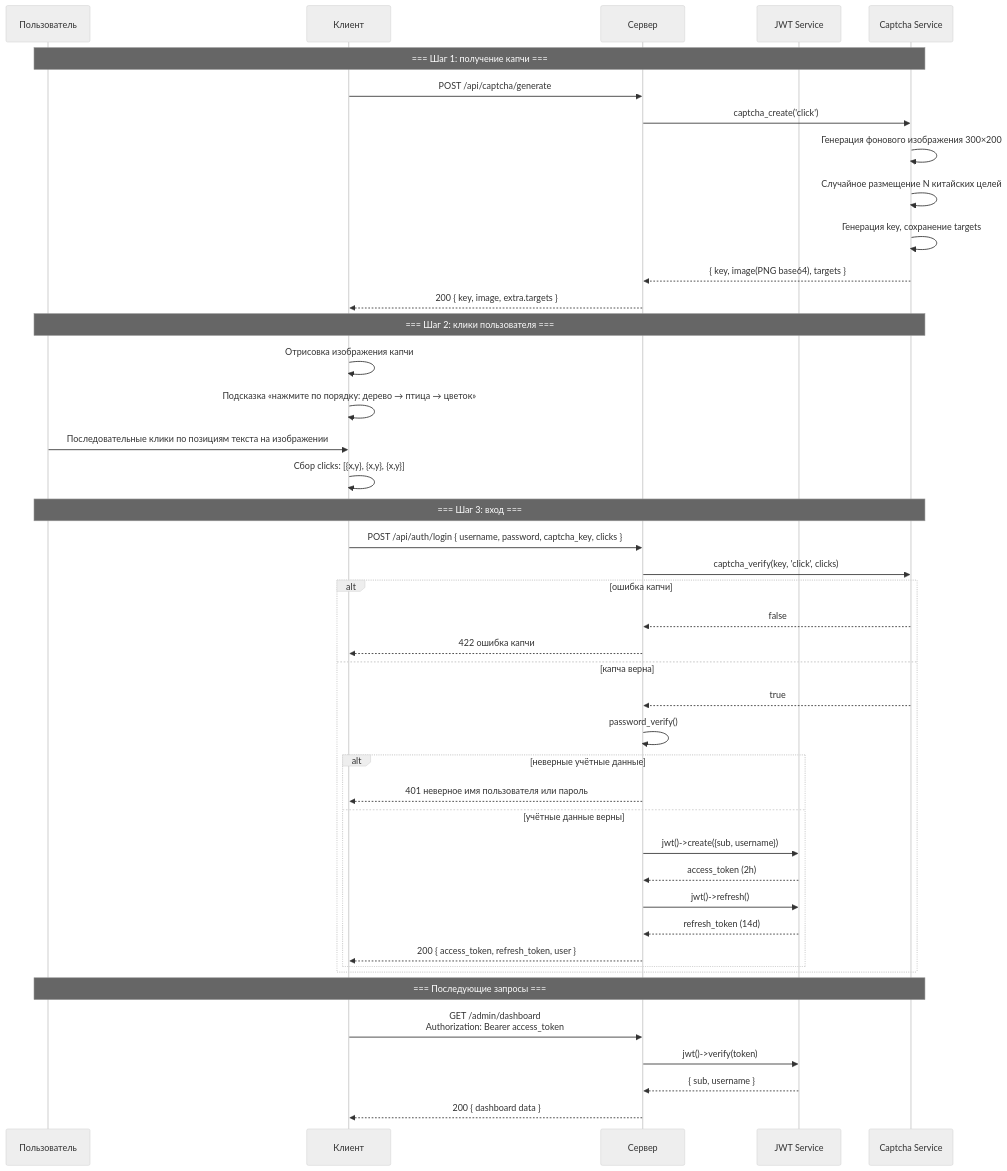
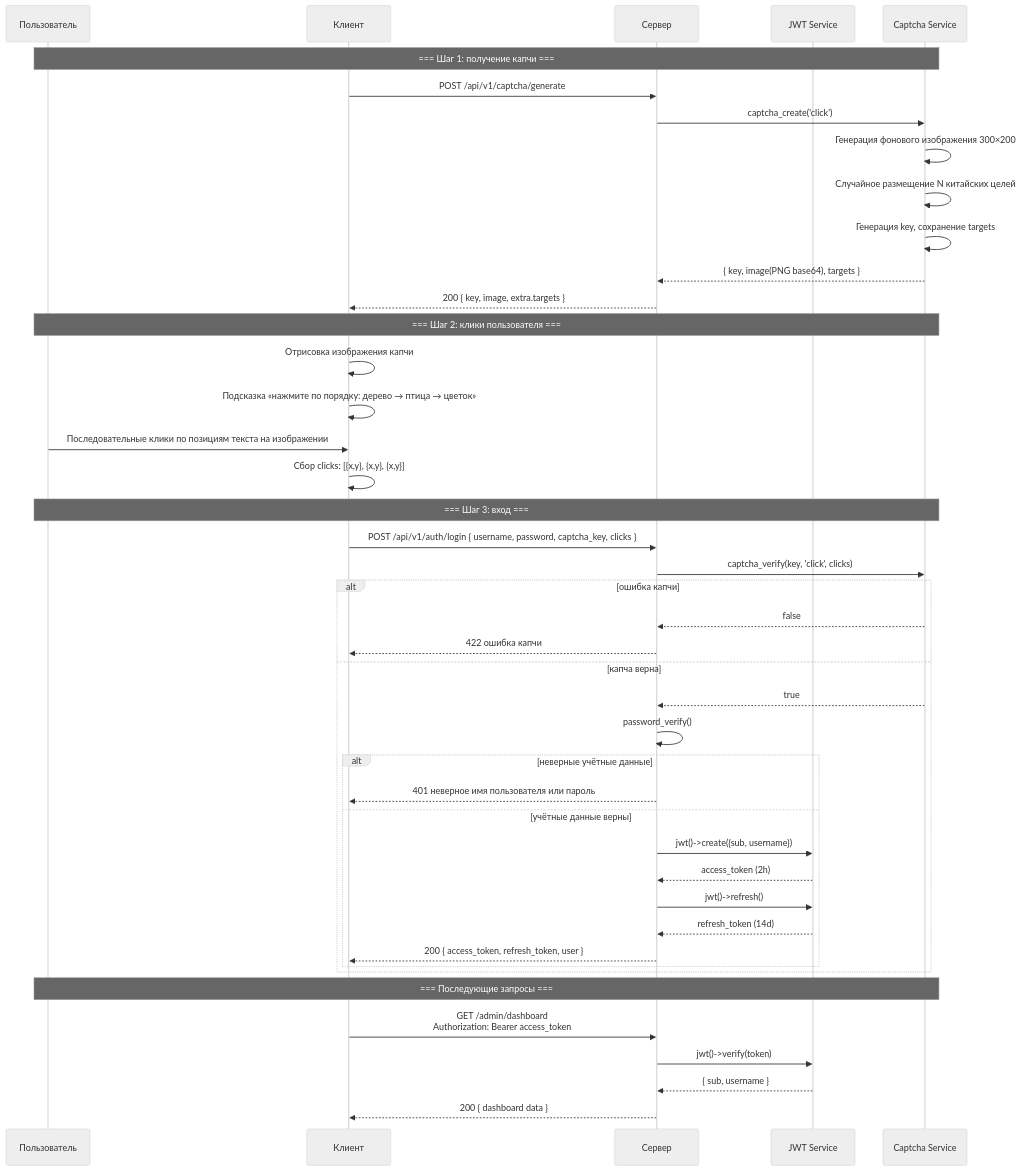
One commit to erikwang2013/open-admin changed the fourth of 14 diagrams in docs/ARCHITECTURE.ru.md. Above: the diagram before and after it, drawn with Mermaid (neutral theme). The commit also changed 118 other files, not shown here.

````diff
--- a/docs/ARCHITECTURE.ru.md
+++ b/docs/ARCHITECTURE.ru.md
@@ -234,49 +234,49 @@
 ```mermaid
 sequenceDiagram
     participant U as Пользователь
     participant CL as Клиент
     participant SV as Сервер
     participant JWT as JWT Service
     participant CAP as Captcha Service
 
     Note over U,CAP: === Шаг 1: получение капчи ===
-    CL->>SV: POST /api/captcha/generate
+    CL->>SV: POST /api/v1/captcha/generate
     SV->>CAP: captcha_create('click')
     CAP->>CAP: Генерация фонового изображения 300×200
     CAP->>CAP: Случайное размещение N китайских целей
     CAP->>CAP: Генерация key, сохранение targets
     CAP-->>SV: { key, image(PNG base64), targets }
     SV-->>CL: 200 { key, image, extra.targets }
 
     Note over U,CAP: === Шаг 2: клики пользователя ===
     CL->>CL: Отрисовка изображения капчи
     CL->>CL: Подсказка «нажмите по порядку: дерево → птица → цветок»
     U->>CL: Последовательные клики по позициям текста на изображении
     CL->>CL: Сбор clicks: [{x,y}, {x,y}, {x,y}]
 
     Note over U,CAP: === Шаг 3: вход ===
-    CL->>SV: POST /api/auth/login { username, password, captcha_key, clicks }
+    CL->>SV: POST /api/v1/auth/login { username, password, captcha_key, clicks }
     SV->>CAP: captcha_verify(key, 'click', clicks)
     alt ошибка капчи
         CAP-->>SV: false
         SV-->>CL: 422 ошибка капчи
     else капча верна
         CAP-->>SV: true
         SV->>SV: password_verify()
         alt неверные учётные данные
             SV-->>CL: 401 неверное имя пользователя или пароль
         else учётные данные верны
             SV->>JWT: jwt()->create({sub, username})
             JWT-->>SV: access_token (2h)
             SV->>JWT: jwt()->refresh()
             JWT-->>SV: refresh_token (14d)
             SV-->>CL: 200 { access_token, refresh_token, user }
         end
     end
 
     Note over U,CAP: === Последующие запросы ===
     CL->>SV: GET /admin/dashboard<br/>Authorization: Bearer access_token
     SV->>JWT: jwt()->verify(token)
     JWT-->>SV: { sub, username }
     SV-->>CL: 200 { dashboard data }
 ```
````
